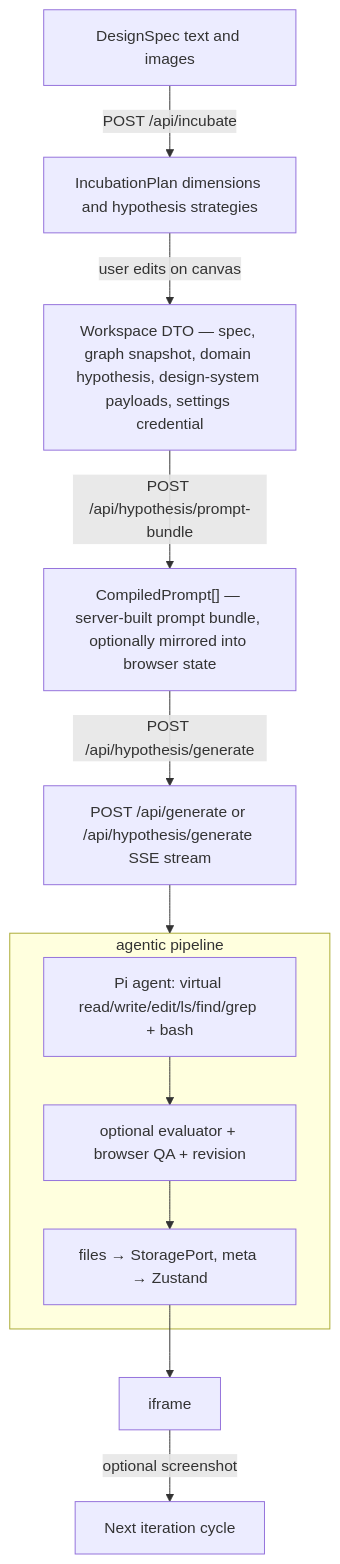
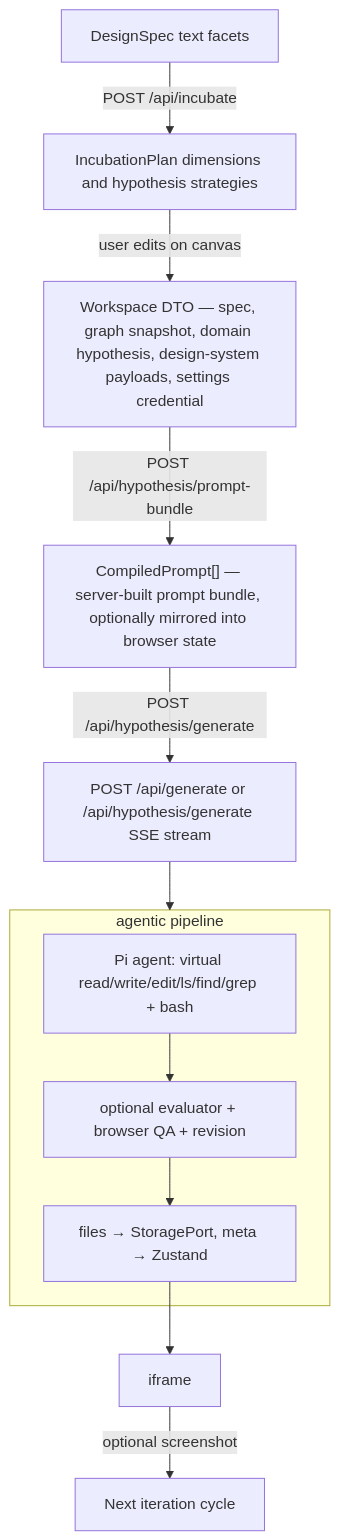
Before and after one commit to wolfyy970/auto-designer: the fourth of 4 diagrams in ARCHITECTURE.md, drawn with Mermaid. The commit also changed other lines of this file and 35 other files, not shown here.

````diff
--- a/ARCHITECTURE.md
+++ b/ARCHITECTURE.md
@@ -184,26 +184,26 @@
 ```mermaid
 flowchart TB
-  designSpec[DesignSpec text and images]
+  designSpec[DesignSpec text facets]
   incubationPlan[IncubationPlan dimensions and hypothesis strategies]
   workspaceDto["Workspace DTO — spec, graph snapshot, domain hypothesis, design-system payloads, settings credential"]
   compiledPrompt["CompiledPrompt[] — server-built prompt bundle, optionally mirrored into browser state"]
   generate[POST /api/generate or /api/hypothesis/generate SSE stream]
 
   designSpec -->|POST /api/incubate| incubationPlan
   incubationPlan -->|user edits on canvas| workspaceDto
   workspaceDto -->|POST /api/hypothesis/prompt-bundle| compiledPrompt
   compiledPrompt -->|POST /api/hypothesis/generate| generate
 
   generate --> agenticMode
 
   subgraph agenticMode [agentic pipeline]
     piLoop["Pi agent: virtual read/write/edit/ls/find/grep + bash"]
     optionalEval[optional evaluator + browser QA + revision]
     agenticStore[files → StoragePort, meta → Zustand]
     piLoop --> optionalEval
     optionalEval --> agenticStore
   end
 
   agenticStore --> iframe
   iframe -->|optional screenshot| nextIteration[Next iteration cycle]
 ```
````
